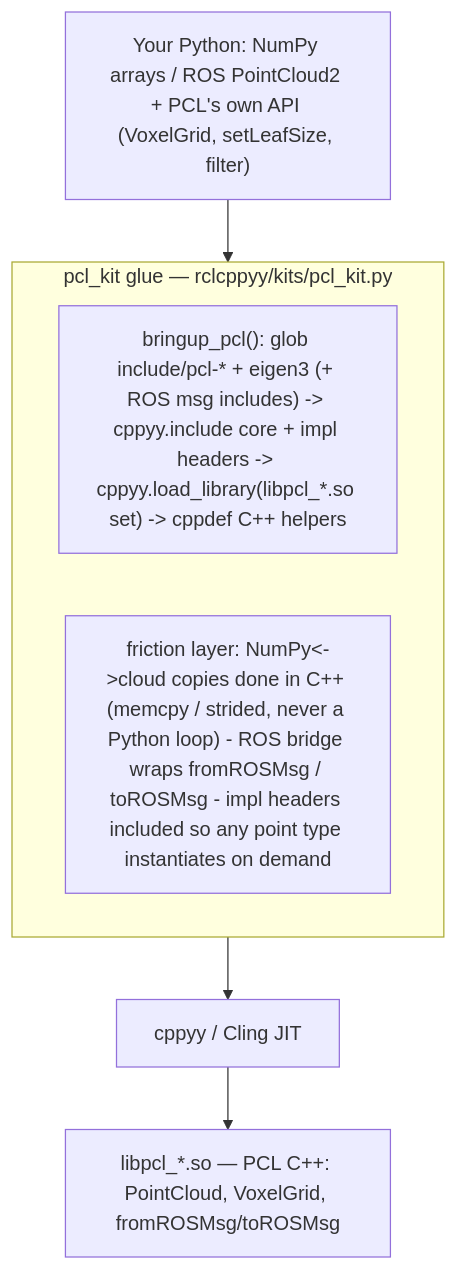
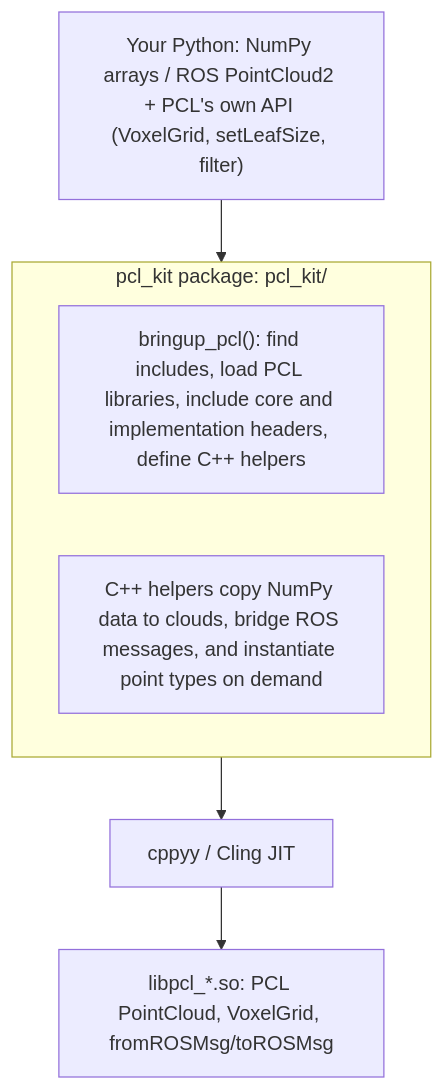
One commit to awesomebytes/cppyy_kit changed the diagram in pcl_kit/REPORT.md. Above: the diagram before and after it, drawn with Mermaid. The commit also changed other lines of this file and 259 other files, not shown here.

````diff
--- a/pcl_kit/REPORT.md
+++ b/pcl_kit/REPORT.md
@@ -23,11 +22,11 @@
 ```mermaid
 flowchart TD
     U["Your Python: NumPy arrays / ROS PointCloud2 + PCL's own API (VoxelGrid, setLeafSize, filter)"]
-    subgraph KIT["pcl_kit glue — rclcppyy/kits/pcl_kit.py"]
-      B["bringup_pcl(): glob include/pcl-* + eigen3 (+ ROS msg includes) -> cppyy.include core + impl headers -> cppyy.load_library(libpcl_*.so set) -> cppdef C++ helpers"]
-      F["friction layer: NumPy<->cloud copies done in C++ (memcpy / strided, never a Python loop) - ROS bridge wraps fromROSMsg / toROSMsg - impl headers included so any point type instantiates on demand"]
+    subgraph KIT["pcl_kit package: pcl_kit/"]
+      B["bringup_pcl(): find includes, load PCL libraries, include core and implementation headers, define C++ helpers"]
+      F["C++ helpers copy NumPy data to clouds, bridge ROS messages, and instantiate point types on demand"]
     end
     J["cppyy / Cling JIT"]
-    E["libpcl_*.so — PCL C++: PointCloud<T>, VoxelGrid<T>, fromROSMsg/toROSMsg"]
+    E["libpcl_*.so: PCL PointCloud<T>, VoxelGrid<T>, fromROSMsg/toROSMsg"]
     U --> KIT --> J --> E
 ```
````
